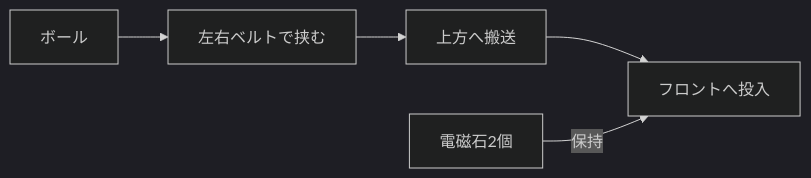
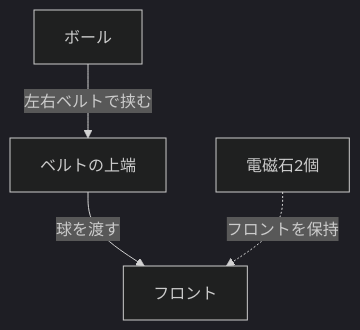
One commit to kurosiko/trail changed the diagram in src/content/posts/robotics/swerve-and-ball-intake.md. Above: the diagram before and after it, drawn with Mermaid (dark theme). The commit also changed other lines of this file and 67 other files, not shown here.

````diff
--- a/src/content/posts/robotics/swerve-and-ball-intake.md
+++ b/src/content/posts/robotics/swerve-and-ball-intake.md
@@ -18,7 +16,7 @@
 ```mermaid
-flowchart LR
-  B[ボール] --> L[左右ベルトで挟む]
-  L --> U[上方へ搬送]
-  U --> F[フロントへ投入]
-  M[電磁石2個] -->|保持| F
+flowchart TD
+  accTitle: 球の搬送経路とフロントの保持
+  B[ボール] -->|左右ベルトで挟む| L[ベルトの上端]
+  L -->|球を渡す| F[フロント]
+  M[電磁石2個] -.->|フロントを保持| F
 ```
````
